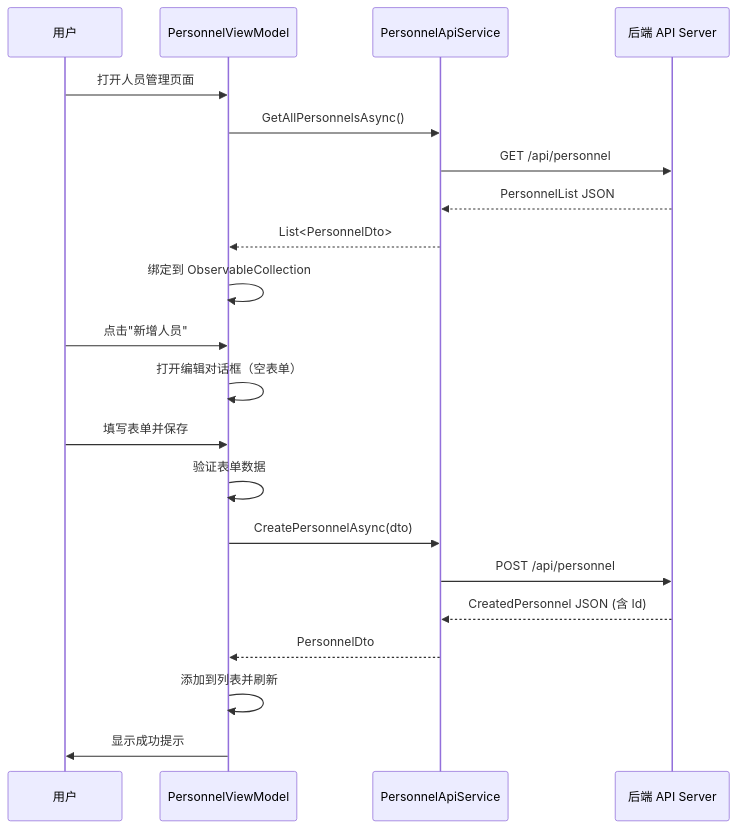
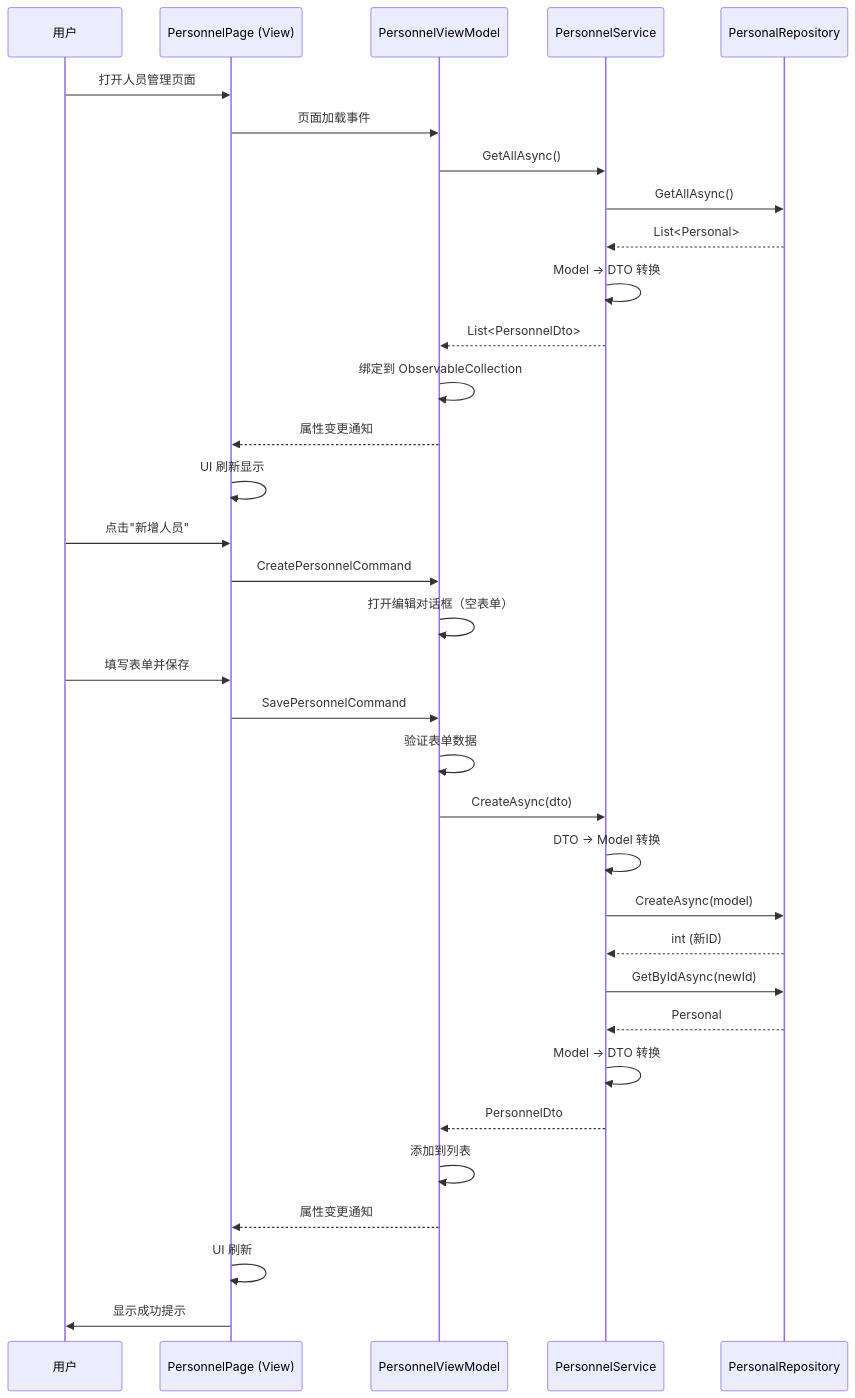
Before and after one commit to xiangkehan/AutoScheduling: the ninth of 21 diagrams in .qoder/quests/page-ui-design.md, drawn with Mermaid. The commit also changed other lines of this file and 12 other files, not shown here.

````diff
--- a/.qoder/quests/page-ui-design.md
+++ b/.qoder/quests/page-ui-design.md
@@ -225,25 +1276,38 @@
 ```mermaid
 sequenceDiagram
     participant U as 用户
-    participant V as PersonnelViewModel
-    participant A as PersonnelApiService
-    participant S as 后端 API Server
+    participant V as PersonnelPage (View)
+    participant VM as PersonnelViewModel
+    participant S as PersonnelService
+    participant R as PersonalRepository
     
     U->>V: 打开人员管理页面
-    V->>A: GetAllPersonnelsAsync()
-    A->>S: GET /api/personnel
-    S-->>A: PersonnelList JSON
-    A-->>V: List<PersonnelDto>
-    V->>V: 绑定到 ObservableCollection
+    V->>VM: 页面加载事件
+    VM->>S: GetAllAsync()
+    S->>R: GetAllAsync()
+    R-->>S: List<Personal>
+    S->>S: Model → DTO 转换
+    S-->>VM: List<PersonnelDto>
+    VM->>VM: 绑定到 ObservableCollection
+    VM-->>V: 属性变更通知
+    V->>V: UI 刷新显示
     
     U->>V: 点击"新增人员"
-    V->>V: 打开编辑对话框（空表单）
+    V->>VM: CreatePersonnelCommand
+    VM->>VM: 打开编辑对话框（空表单）
     U->>V: 填写表单并保存
-    V->>V: 验证表单数据
-    V->>A: CreatePersonnelAsync(dto)
-    A->>S: POST /api/personnel
-    S-->>A: CreatedPersonnel JSON (含 Id)
-    A-->>V: PersonnelDto
-    V->>V: 添加到列表并刷新
+    V->>VM: SavePersonnelCommand
+    VM->>VM: 验证表单数据
+    VM->>S: CreateAsync(dto)
+    S->>S: DTO → Model 转换
+    S->>R: CreateAsync(model)
+    R-->>S: int (新ID)
+    S->>R: GetByIdAsync(newId)
+    R-->>S: Personal
+    S->>S: Model → DTO 转换
+    S-->>VM: PersonnelDto
+    VM->>VM: 添加到列表
+    VM-->>V: 属性变更通知
+    V->>V: UI 刷新
     V->>U: 显示成功提示
 ```
````
